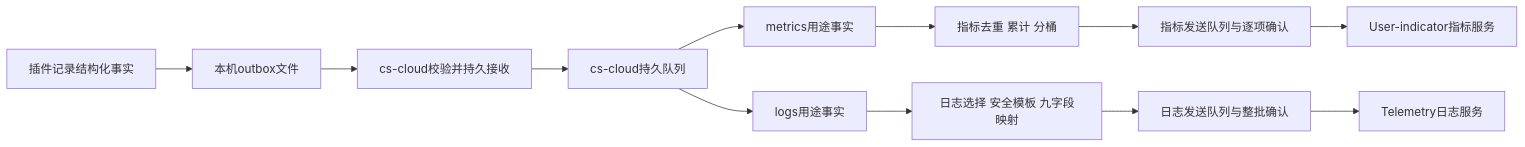
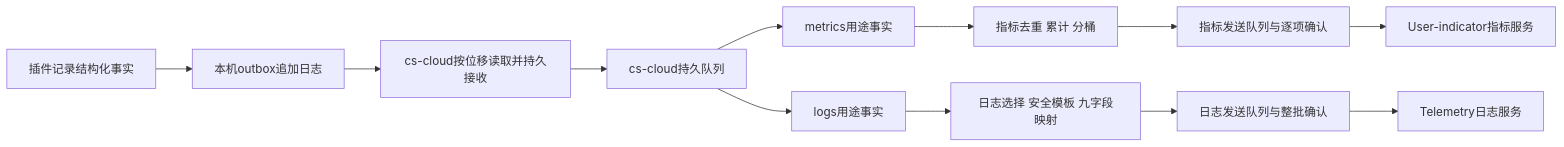
Before and after one commit to IronRookieCoder/kilocode: the diagram in docs/jetbrains-stability-design.md, drawn with Mermaid. The commit also changed other lines of this file and 2 other files, not shown here.

````diff
--- a/docs/jetbrains-stability-design.md
+++ b/docs/jetbrains-stability-design.md
@@ -121,14 +123,14 @@
 ```mermaid
 flowchart LR
-  P[插件记录结构化事实] --> O[本机outbox文件]
-  O --> C[cs-cloud校验并持久接收]
+  P[插件记录结构化事实] --> O[本机outbox追加日志]
+  O --> C[cs-cloud按位移读取并持久接收]
   C --> S[cs-cloud持久队列]
   S --> MF[metrics用途事实]
   S --> LF[logs用途事实]
   MF --> MC[指标去重 累计 分桶]
   MC --> MQ[指标发送队列与逐项确认]
   MQ --> M[User-indicator指标服务]
   LF --> LC[日志选择 安全模板 九字段映射]
   LC --> LQ[日志发送队列与整批确认]
   LQ --> L[Telemetry日志服务]
 ```
````
